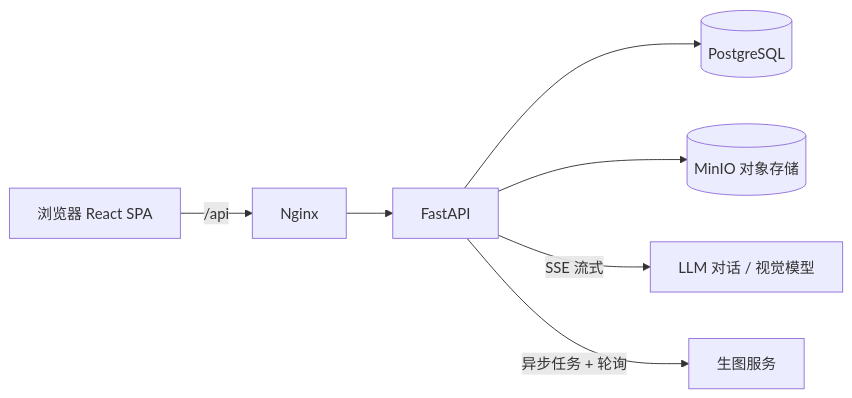
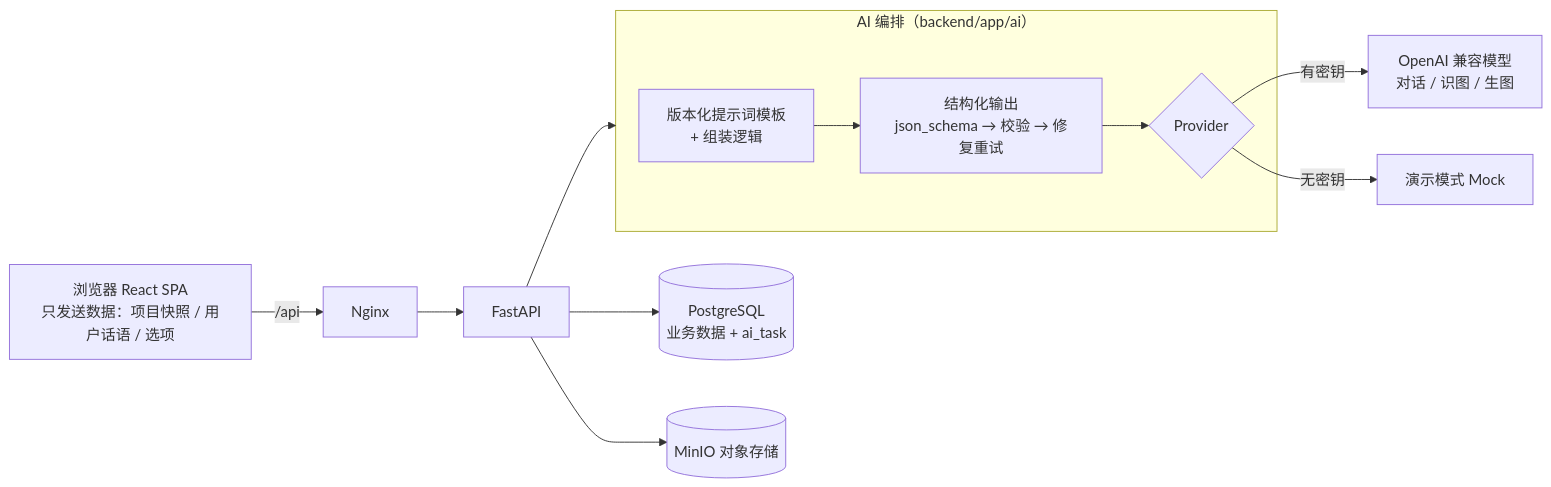
Before and after one commit to AiHyo/scene-flow: the diagram in README.md, drawn with Mermaid. The commit also changed other lines of this file and 3 other files, not shown here.

````diff
--- a/README.md
+++ b/README.md
@@ -40,9 +41,14 @@
 ```mermaid
 flowchart LR
-    B[浏览器 React SPA] -->|/api| N[Nginx]
+    B["浏览器 React SPA<br/>只发送数据：项目快照 / 用户话语 / 选项"] -->|/api| N[Nginx]
     N --> A[FastAPI]
-    A --> P[(PostgreSQL)]
+    subgraph AI["AI 编排（backend/app/ai）"]
+        T["版本化提示词模板<br/>+ 组装逻辑"] --> S["结构化输出<br/>json_schema → 校验 → 修复重试"]
+        S --> PR{"Provider"}
+    end
+    A --> AI
+    PR -->|有密钥| L["OpenAI 兼容模型<br/>对话 / 识图 / 生图"]
+    PR -->|无密钥| D["演示模式 Mock"]
+    A --> P[(PostgreSQL<br/>业务数据 + ai_task)]
     A --> M[(MinIO 对象存储)]
-    A -->|SSE 流式| L[LLM 对话 / 视觉模型]
-    A -->|异步任务 + 轮询| G[生图服务]
 ```
````
